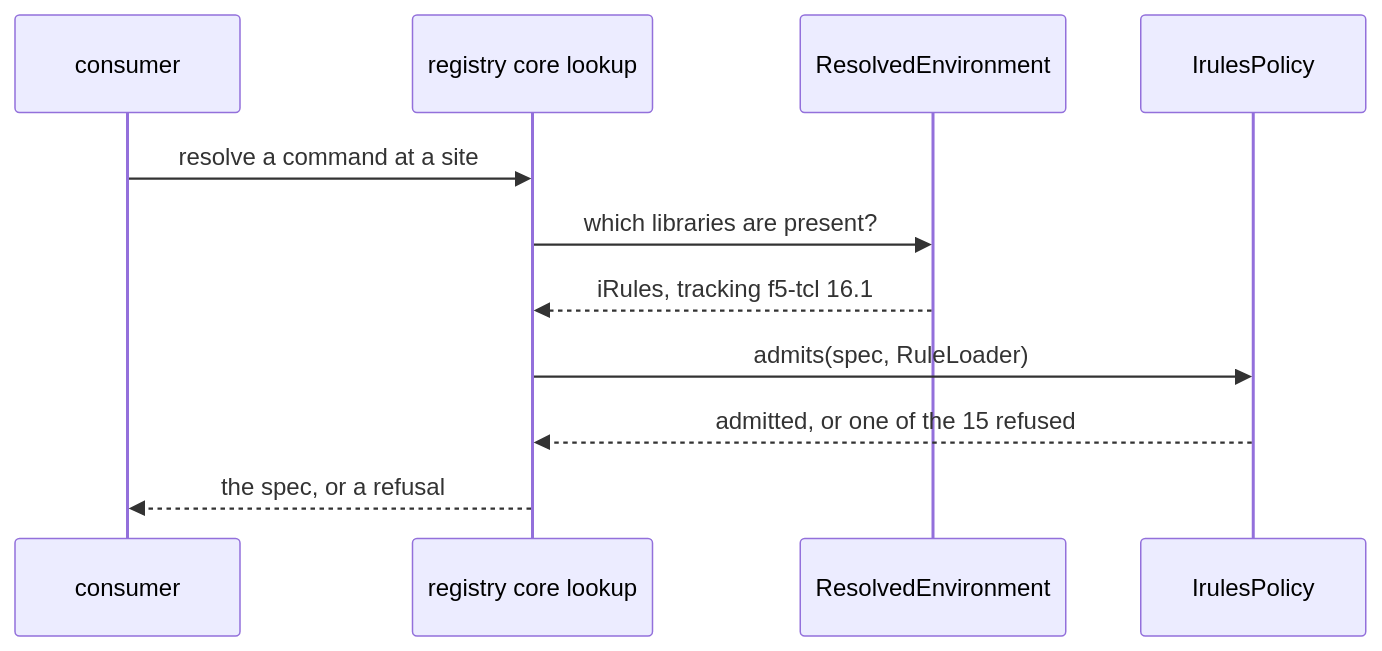
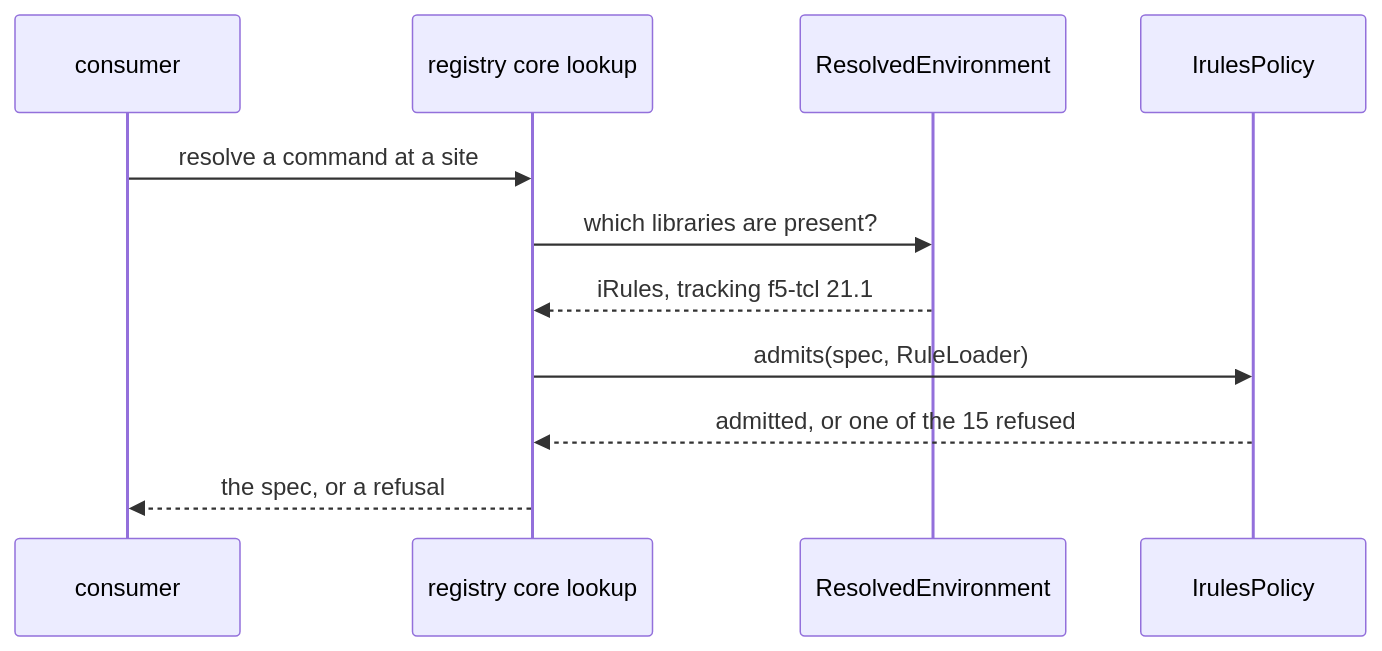
Before and after one commit to bitwisecook/tcl-lsp: the second of 2 diagrams in docs/design/registry/model/304-f5-libraries.md, drawn with Mermaid. The commit also changed other lines of this file and 10 other files, not shown here.

````diff
--- a/docs/design/registry/model/304-f5-libraries.md
+++ b/docs/design/registry/model/304-f5-libraries.md
@@ -97,13 +97,13 @@
 ```mermaid
 sequenceDiagram
   participant C as consumer
   participant R as registry core lookup
   participant E as ResolvedEnvironment
   participant P as IrulesPolicy
   C->>R: resolve a command at a site
   R->>E: which libraries are present?
-  E-->>R: iRules, tracking f5-tcl 16.1
+  E-->>R: iRules, tracking f5-tcl 21.1
   R->>P: admits(spec, RuleLoader)
   P-->>R: admitted, or one of the 15 refused
   R-->>C: the spec, or a refusal
 ```
````
